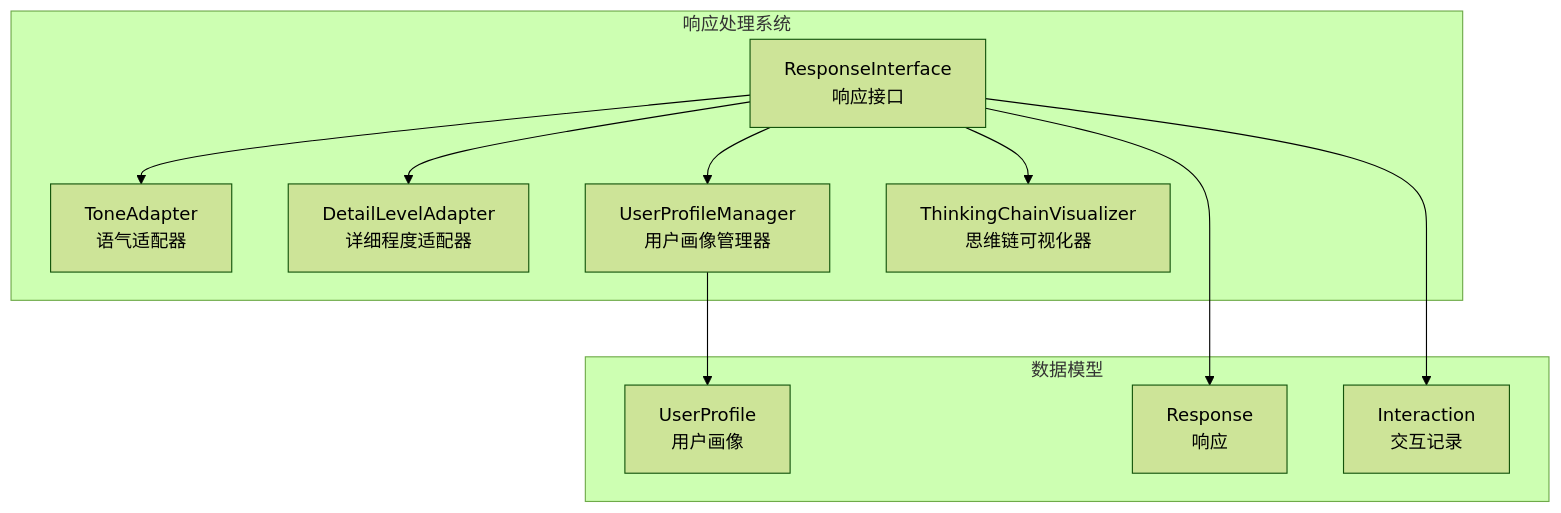
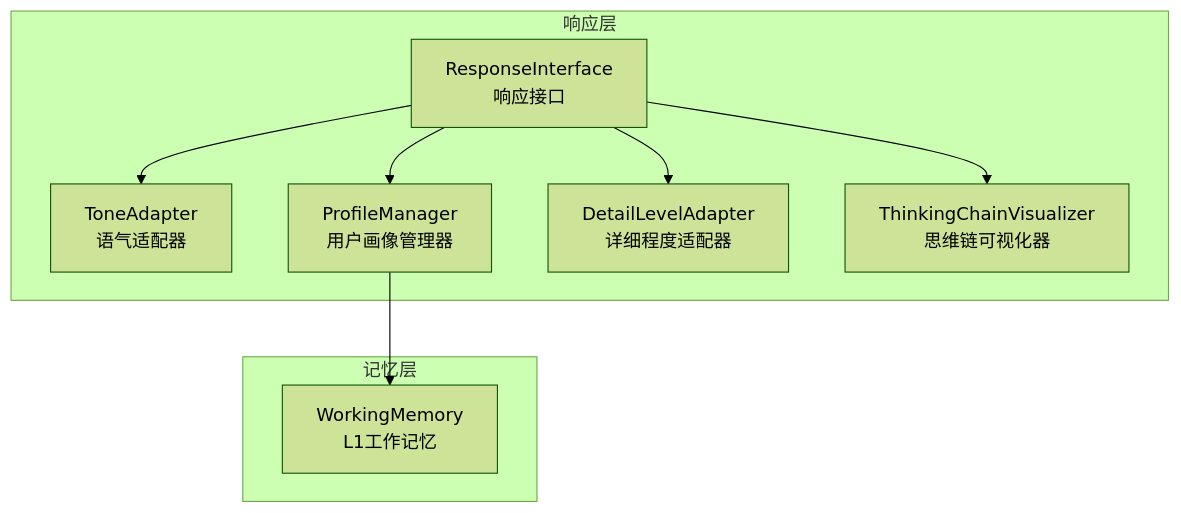
Before and after one commit to JieGaoPrinceton/NecoRAG: the first of 6 diagrams in .qoder/repowiki/zh/content/交互层模块/语气适配器.md, drawn with Mermaid (forest theme). The commit also changed other lines of this file and 181 other files, not shown here.

````diff
--- a/.qoder/repowiki/zh/content/交互层模块/语气适配器.md
+++ b/.qoder/repowiki/zh/content/交互层模块/语气适配器.md
@@ -35,22 +34,18 @@
 ```mermaid
 graph TB
-subgraph "响应处理系统"
-RI[ResponseInterface<br/>响应接口]
-TA[ToneAdapter<br/>语气适配器]
-DA[DetailLevelAdapter<br/>详细程度适配器]
-PM[UserProfileManager<br/>用户画像管理器]
-TV[ThinkingChainVisualizer<br/>思维链可视化器]
+subgraph "响应层"
+TA["ToneAdapter<br/>语气适配器"]
+PM["ProfileManager<br/>用户画像管理器"]
+RI["ResponseInterface<br/>响应接口"]
+DLA["DetailLevelAdapter<br/>详细程度适配器"]
+TV["ThinkingChainVisualizer<br/>思维链可视化器"]
 end
-subgraph "数据模型"
-UP[UserProfile<br/>用户画像]
-R[Response<br/>响应]
-I[Interaction<br/>交互记录]
+subgraph "记忆层"
+WM["WorkingMemory<br/>L1工作记忆"]
 end
+RI --> PM
 RI --> TA
-RI --> DA
-RI --> PM
+RI --> DLA
 RI --> TV
-PM --> UP
-RI --> R
-RI --> I
+PM --> WM
 ```
````
